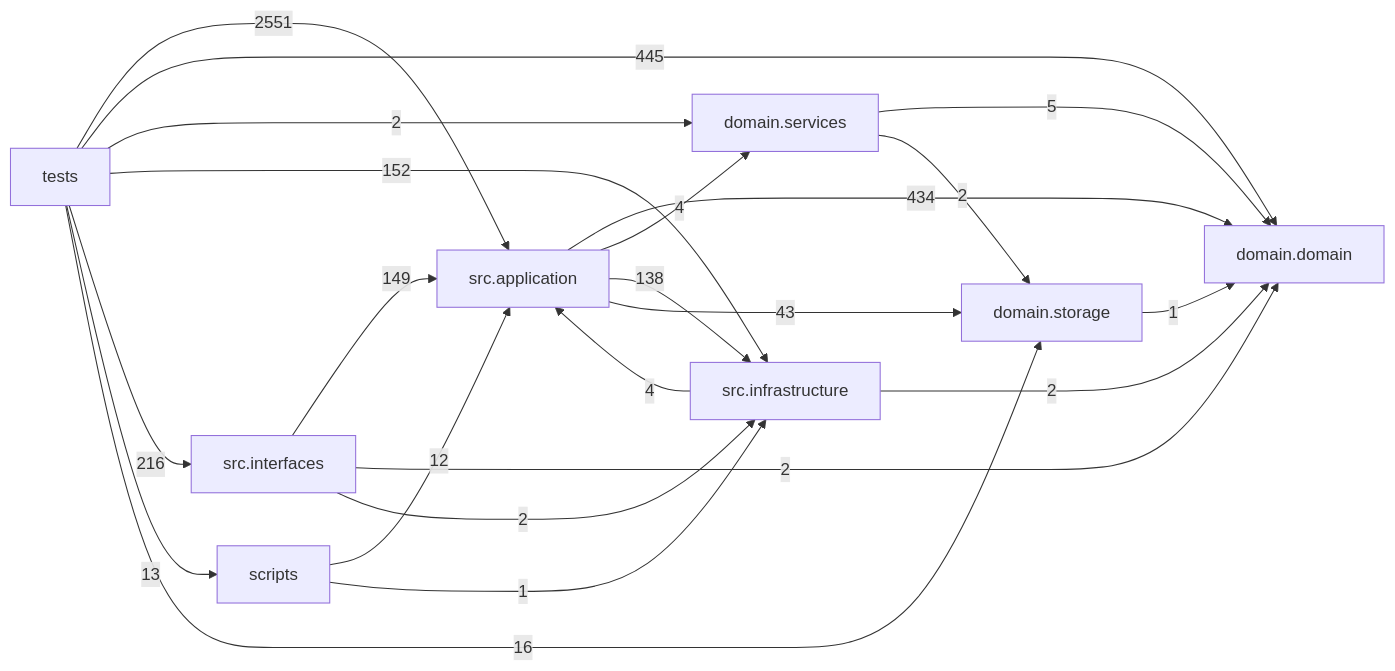
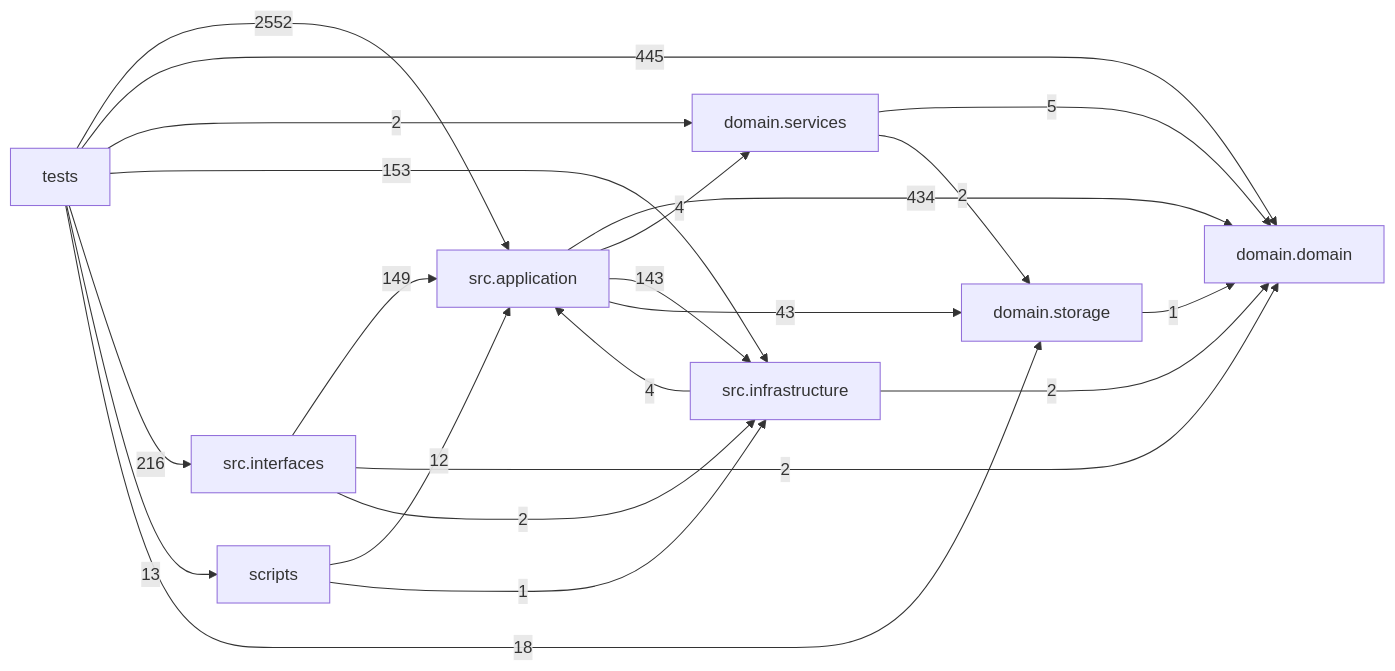
The diagram in docs/DEPENDENCY_GRAPH.md (liuxie066/options-monitor), drawn with Mermaid before and after one commit. The commit also changed other lines of this file and 18 other files, not shown here.

````diff
--- a/docs/DEPENDENCY_GRAPH.md
+++ b/docs/DEPENDENCY_GRAPH.md
@@ -24,32 +24,32 @@
 ```mermaid
 flowchart LR
   tests["tests"]
   scripts["scripts"]
   interfaces["src.interfaces"]
   application["src.application"]
   infrastructure["src.infrastructure"]
   domain_services["domain.services"]
   domain["domain.domain"]
   storage["domain.storage"]
   application -->|434| domain
   application -->|4| domain_services
-  application -->|138| infrastructure
+  application -->|143| infrastructure
   application -->|43| storage
   domain_services -->|5| domain
   domain_services -->|2| storage
   infrastructure -->|4| application
   infrastructure -->|2| domain
   interfaces -->|149| application
   interfaces -->|2| domain
   interfaces -->|2| infrastructure
   scripts -->|12| application
   scripts -->|1| infrastructure
   storage -->|1| domain
-  tests -->|2551| application
+  tests -->|2552| application
   tests -->|445| domain
   tests -->|2| domain_services
-  tests -->|152| infrastructure
+  tests -->|153| infrastructure
   tests -->|216| interfaces
   tests -->|13| scripts
-  tests -->|16| storage
+  tests -->|18| storage
 ```
````
